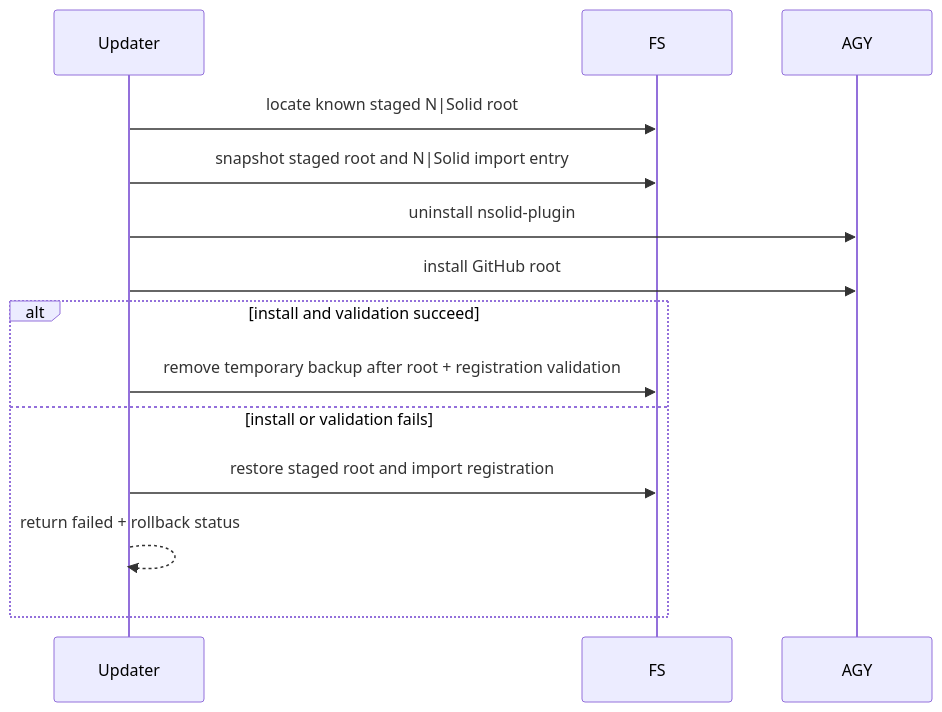
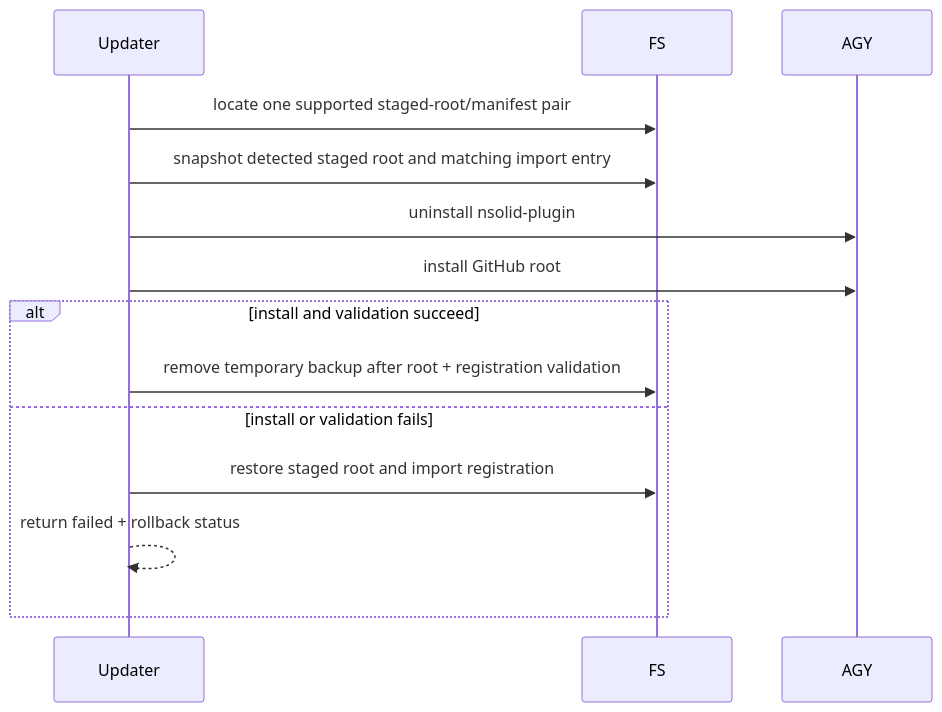
Before and after one commit to nodesource/nsolid-plugin: the fourth of 5 diagrams in openspec/changes/add-update-flow/design.md, drawn with Mermaid. The commit also changed other lines of this file and 3 other files, not shown here.

Commit message:
docs: finalize update flow specification

````diff
--- a/openspec/changes/add-update-flow/design.md
+++ b/openspec/changes/add-update-flow/design.md
@@ -376,17 +539,17 @@
 ```mermaid
 sequenceDiagram
     participant Updater
     participant FS
     participant AGY
 
-    Updater->>FS: locate known staged N|Solid root
-    Updater->>FS: snapshot staged root and N|Solid import entry
+    Updater->>FS: locate one supported staged-root/manifest pair
+    Updater->>FS: snapshot detected staged root and matching import entry
     Updater->>AGY: uninstall nsolid-plugin
     Updater->>AGY: install GitHub root
     alt install and validation succeed
         Updater->>FS: remove temporary backup after root + registration validation
     else install or validation fails
         Updater->>FS: restore staged root and import registration
         Updater-->>Updater: return failed + rollback status
     end
 ```
````
